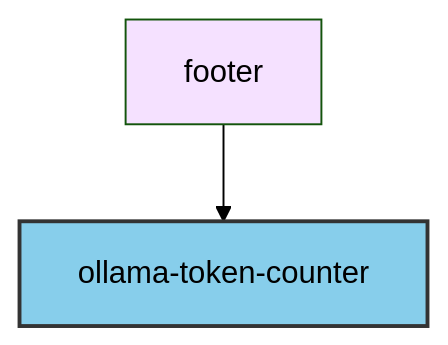
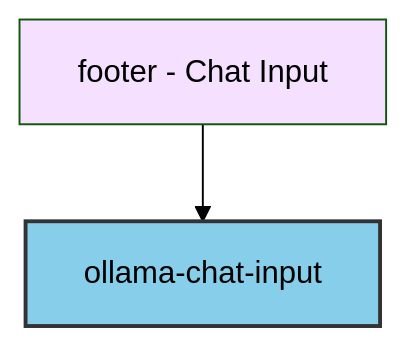
Before and after one commit to Gr8Gatsby/ollama-chat: the tenth of 10 diagrams in docs/development.md, drawn with Mermaid (forest theme). The commit also changed other lines of this file and 12 other files, not shown here.

````diff
--- a/docs/development.md
+++ b/docs/development.md
@@ -251,10 +297,10 @@
 ```mermaid
 graph TD
-    E[footer] --> E1[ollama-token-counter]
+    E[footer - Chat Input] --> E1[ollama-chat-input]
     
     style E fill:#f5e1ff
     
     classDef featureComponent fill:#87ceeb,stroke:#333,stroke-width:2px
     
     class E1 featureComponent
 ```
````
